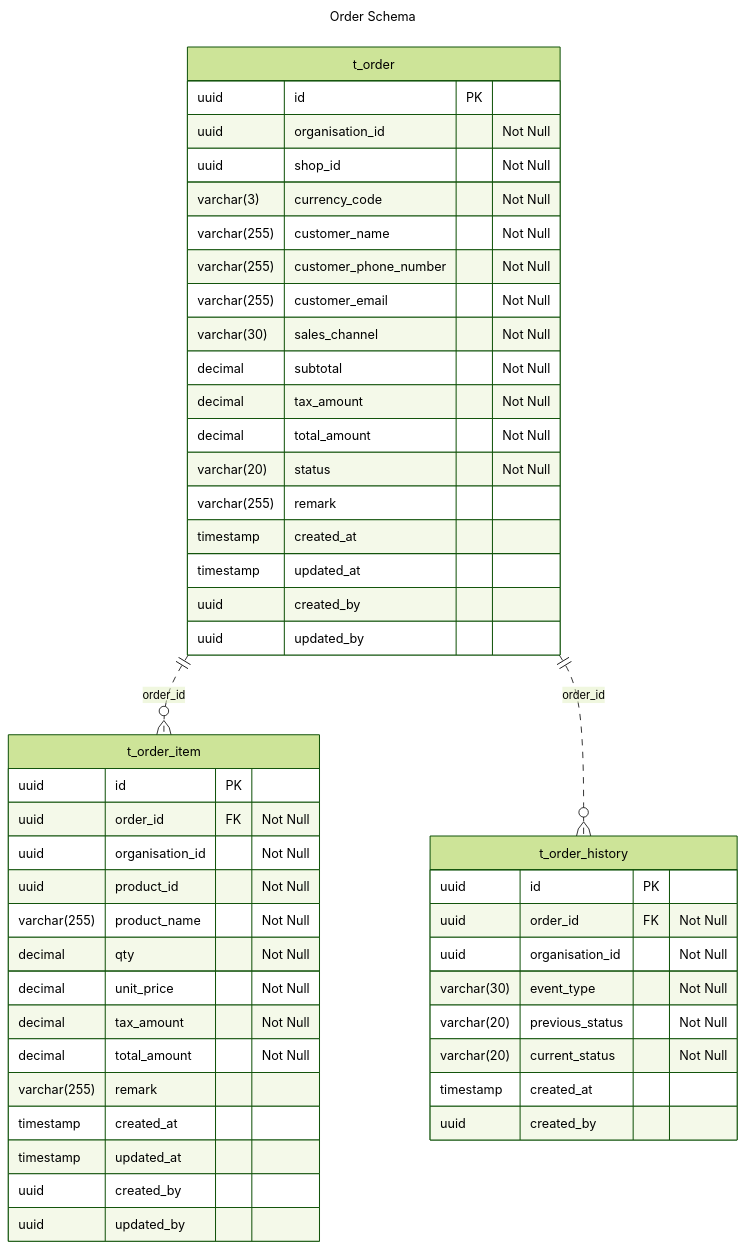
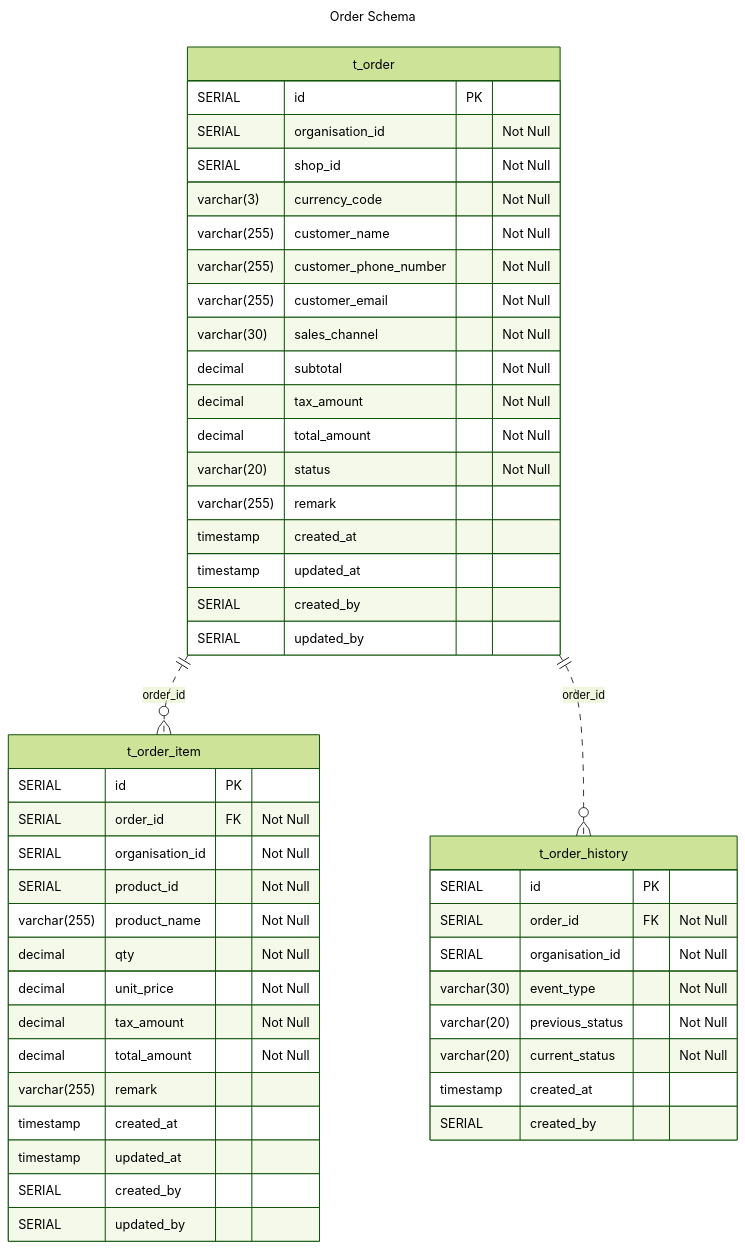
One commit to va4815/stockflow-docs changed the diagram in database/modules/order-erd.md. Above: the diagram before and after it, drawn with Mermaid (forest theme). The commit also changed 4 other files, not shown here.

Commit message:
change the primary from uuid to serial

````diff
--- a/database/modules/order-erd.md
+++ b/database/modules/order-erd.md
@@ -9,68 +9,66 @@
 ```mermaid
 ---
 title: Order Schema
 ---
 erDiagram
 
     t_order {
-        uuid id PK
+        SERIAL id PK
         
-        uuid organisation_id "Not Null"
-        uuid shop_id "Not Null"
+        SERIAL organisation_id "Not Null"
+        SERIAL shop_id "Not Null"
         varchar(3) currency_code "Not Null"
 
         varchar(255) customer_name "Not Null"
         varchar(255) customer_phone_number "Not Null"
         varchar(255) customer_email "Not Null"
 
         varchar(30) sales_channel "Not Null"        
         decimal subtotal "Not Null"
         decimal tax_amount "Not Null"
         decimal total_amount "Not Null"
         varchar(20) status "Not Null"
         varchar(255) remark
 
         timestamp created_at
         timestamp updated_at
-        uuid created_by
-        uuid updated_by        
+        SERIAL created_by
+        SERIAL updated_by        
     }
 
     t_order_item {
-        uuid id PK
-        uuid order_id FK "Not Null"
+        SERIAL id PK
+        SERIAL order_id FK "Not Null"
 
-        uuid organisation_id "Not Null"
-        uuid product_id "Not Null"
+        SERIAL organisation_id "Not Null"
+        SERIAL product_id "Not Null"
 
         varchar(255) product_name "Not Null"
         decimal qty "Not Null"
         decimal unit_price "Not Null"
         decimal tax_amount "Not Null"
         decimal total_amount "Not Null"
         varchar(255) remark
 
         timestamp created_at
         timestamp updated_at
-        uuid created_by
-        uuid updated_by  
+        SERIAL created_by
+        SERIAL updated_by  
     }
     t_order ||..o{ t_order_item : order_id
 
     t_order_history {
-        uuid id PK
-        uuid order_id FK "Not Null"
+        SERIAL id PK
+        SERIAL order_id FK "Not Null"
 
-        uuid organisation_id "Not Null"
+        SERIAL organisation_id "Not Null"
         
         varchar(30) event_type "Not Null"
         varchar(20) previous_status "Not Null"
         varchar(20) current_status "Not Null"
 
         timestamp created_at
-        uuid created_by 
+        SERIAL created_by 
     }
     t_order ||..o{ t_order_history : order_id
-
-
 ```
````
